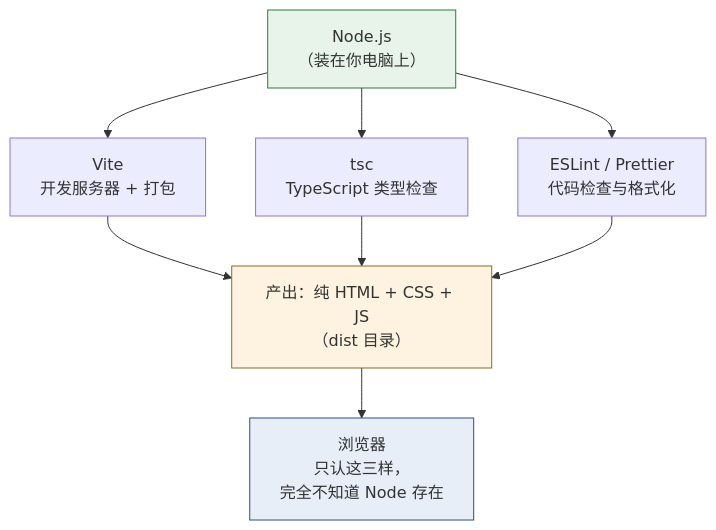
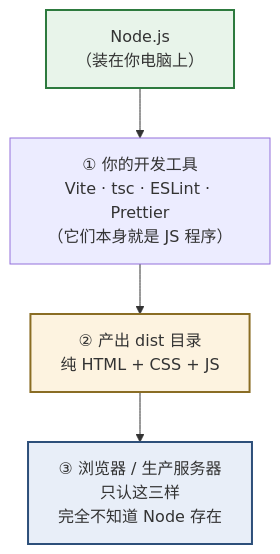
Before and after one commit to zerioo1970/JSTS: the second of 4 diagrams in Day 1 — 工具链.md, drawn with Mermaid. The commit also changed other lines of this file, not shown here.

First line of the commit message:
fix: Mermaid 图改为纵向窄版，最宽不超过 2 列

````diff
--- a/Day 1 — 工具链.md
+++ b/Day 1 — 工具链.md
@@ -106,15 +86,11 @@
 ```mermaid
 graph TD
   N["Node.js<br/>（装在你电脑上）"]
-  N --> T1["Vite<br/>开发服务器 + 打包"]
-  N --> T2["tsc<br/>TypeScript 类型检查"]
-  N --> T3["ESLint / Prettier<br/>代码检查与格式化"]
-  T1 --> O["产出：纯 HTML + CSS + JS<br/>（dist 目录）"]
-  T2 --> O
-  T3 --> O
-  O --> B["浏览器<br/>只认这三样，<br/>完全不知道 Node 存在"]
+  N --> T["① 你的开发工具<br/>Vite · tsc · ESLint · Prettier<br/>（它们本身就是 JS 程序）"]
+  T --> O["② 产出 dist 目录<br/>纯 HTML + CSS + JS"]
+  O --> B["③ 浏览器 / 生产服务器<br/>只认这三样<br/>完全不知道 Node 存在"]
 
-  style N fill:#e8f4ea,stroke:#2d7a3e
-  style B fill:#e8eef8,stroke:#2d4f7a
-  style O fill:#fdf3e0,stroke:#8a6d24
+  style N fill:#e8f4ea,stroke:#2d7a3e,stroke-width:2px
+  style O fill:#fdf3e0,stroke:#8a6d24,stroke-width:2px
+  style B fill:#e8eef8,stroke:#2d4f7a,stroke-width:2px
 ```
````
